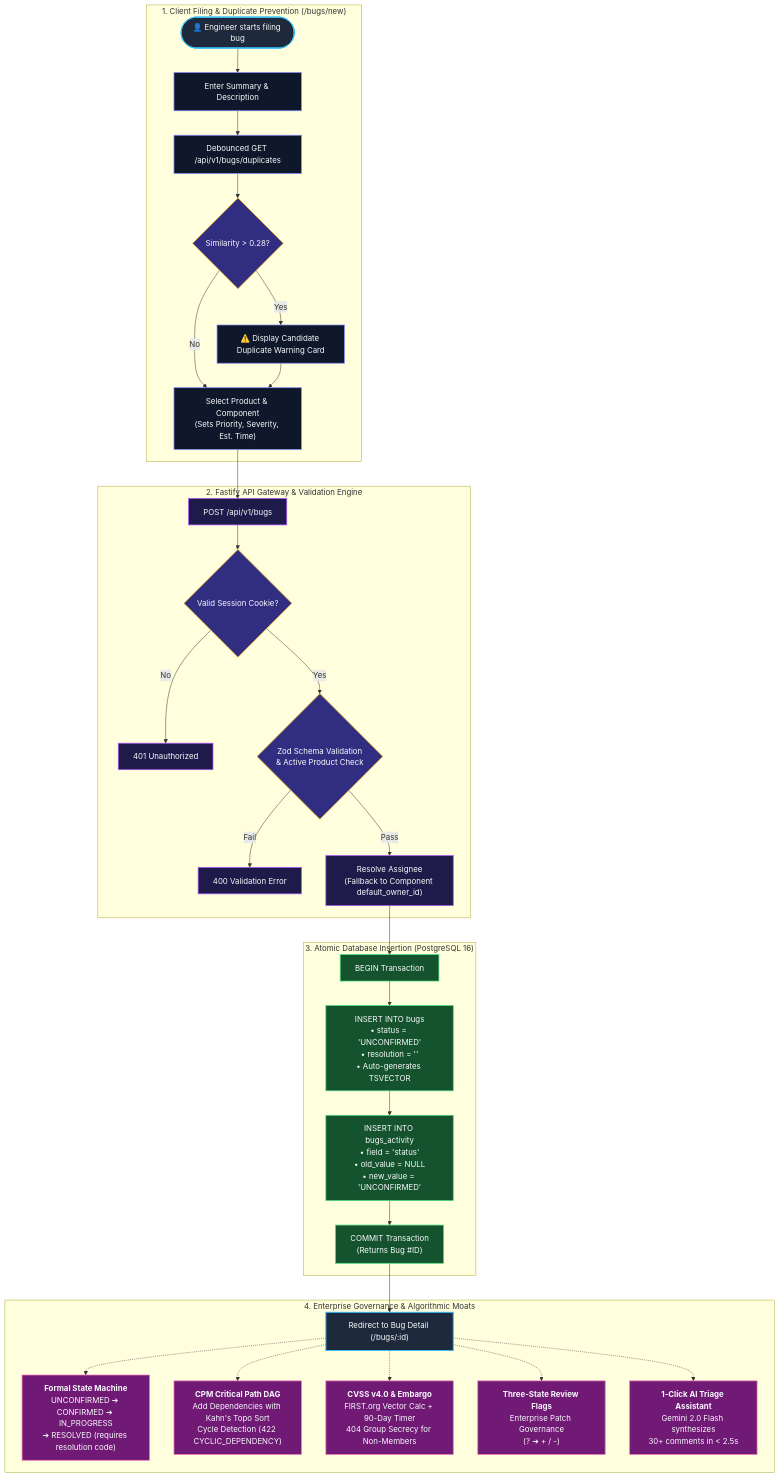
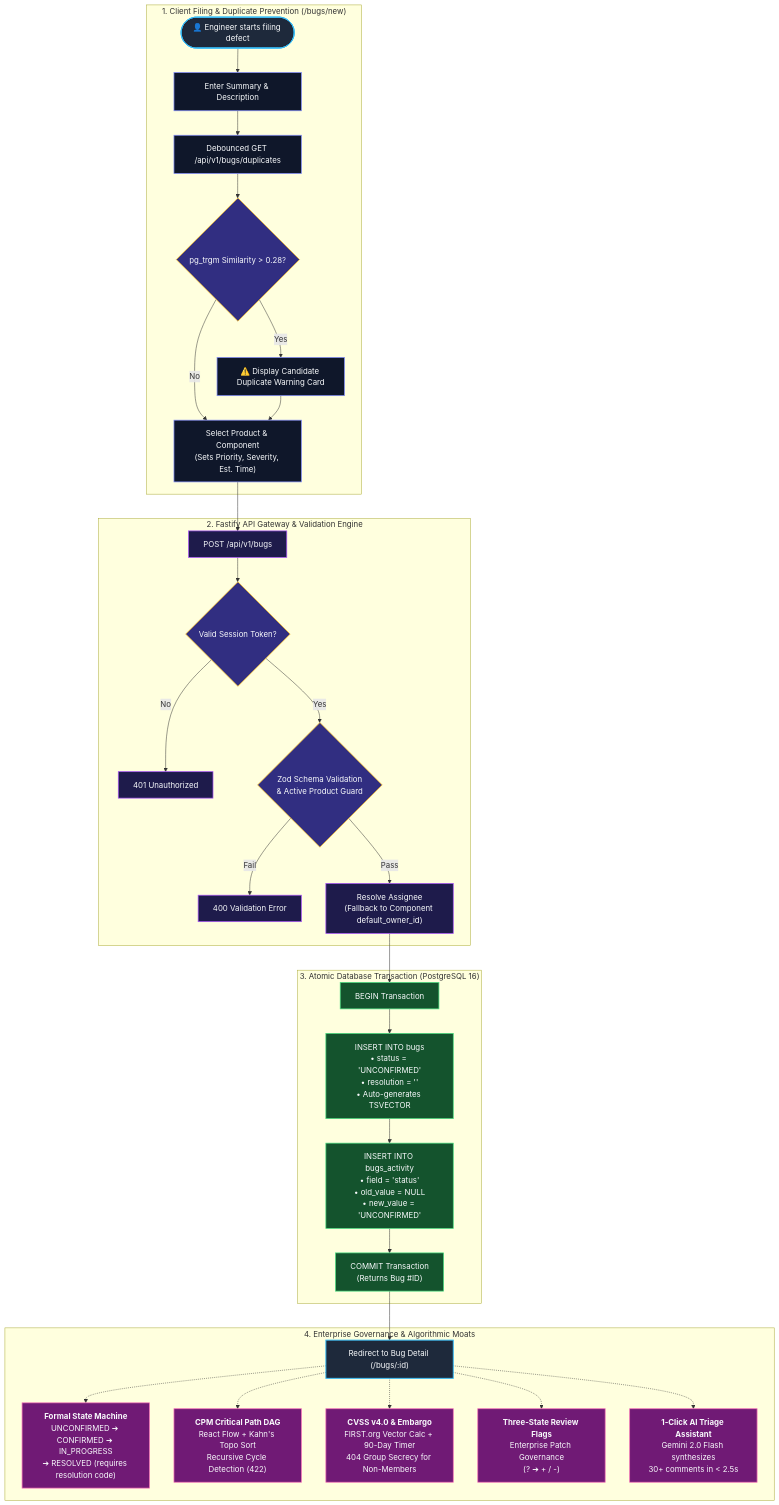
Before and after one commit to OjasKugore/Mantis: the diagram in docs/defect-lifecycle.md, drawn with Mermaid. The commit also changed other lines of this file and 3 other files, not shown here.

Commit message:
docs: final documentation audit — move cli.md → docs/, delete README_1.md, rewrite README and defect-lifecycle

````diff
--- a/docs/defect-lifecycle.md
+++ b/docs/defect-lifecycle.md
@@ -5,77 +11,70 @@
 ```mermaid
 flowchart TD
-    %% Styling and layout
     classDef startEnd fill:#1E293B,stroke:#38BDF8,stroke-width:2px,color:#F8FAFC;
     classDef client fill:#0F172A,stroke:#818CF8,stroke-width:1.5px,color:#F8FAFC;
     classDef server fill:#1E1B4B,stroke:#A855F7,stroke-width:1.5px,color:#F8FAFC;
     classDef database fill:#14532D,stroke:#4ADE80,stroke-width:1.5px,color:#F8FAFC;
     classDef moat fill:#701A75,stroke:#F472B6,stroke-width:1.5px,color:#F8FAFC;
     classDef decision fill:#312E81,stroke:#FBBF24,stroke-width:1.5px,color:#F8FAFC;
 
-    %% 1. User Input & Live Assist
     subgraph S1 ["1. Client Filing & Duplicate Prevention (/bugs/new)"]
-        START(["👤 Engineer starts filing bug"]):::startEnd
+        START(["👤 Engineer starts filing defect"]):::startEnd
         INPUT["Enter Summary & Description"]:::client
         TRGM_QUERY["Debounced GET /api/v1/bugs/duplicates"]:::client
-        CHECK_DUP{"Similarity > 0.28?"}:::decision
+        CHECK_DUP{"pg_trgm Similarity > 0.28?"}:::decision
         WARN_CARD["⚠️ Display Candidate Duplicate Warning Card"]:::client
         USER_CONTINUE["Select Product & Component<br/>(Sets Priority, Severity, Est. Time)"]:::client
     end
 
-    %% 2. Backend Validation & Ingestion
     subgraph S2 ["2. Fastify API Gateway & Validation Engine"]
         SUBMIT["POST /api/v1/bugs"]:::server
-        AUTH_CHECK{"Valid Session Cookie?"}:::decision
+        AUTH_CHECK{"Valid Session Token?"}:::decision
         AUTH_ERR["401 Unauthorized"]:::server
-        ZOD_CHECK{"Zod Schema Validation<br/>& Active Product Check"}:::decision
+        ZOD_CHECK{"Zod Schema Validation<br/>& Active Product Guard"}:::decision
         VAL_ERR["400 Validation Error"]:::server
         OWNER_RESOLVE["Resolve Assignee<br/>(Fallback to Component default_owner_id)"]:::server
     end
 
-    %% 3. PostgreSQL Transaction & Audit
-    subgraph S3 ["3. Atomic Database Insertion (PostgreSQL 16)"]
+    subgraph S3 ["3. Atomic Database Transaction (PostgreSQL 16)"]
         DB_TX["BEGIN Transaction"]:::database
         INSERT_BUG["INSERT INTO bugs<br/>• status = 'UNCONFIRMED'<br/>• resolution = ''<br/>• Auto-generates TSVECTOR"]:::database
         INSERT_AUDIT["INSERT INTO bugs_activity<br/>• field = 'status'<br/>• old_value = NULL<br/>• new_value = 'UNCONFIRMED'"]:::database
         DB_COMMIT["COMMIT Transaction<br/>(Returns Bug #ID)"]:::database
     end
 
-    %% 4. Downstream Moats & Lifecycle
     subgraph S4 ["4. Enterprise Governance & Algorithmic Moats"]
         DETAIL_PAGE["Redirect to Bug Detail (/bugs/:id)"]:::startEnd
-        
         M_FSM["<b>Formal State Machine</b><br/>UNCONFIRMED ➔ CONFIRMED ➔ IN_PROGRESS<br/>➔ RESOLVED (requires resolution code)"]:::moat
-        M_CPM["<b>CPM Critical Path DAG</b><br/>Add Dependencies with Kahn's Topo Sort<br/>Cycle Detection (422 CYCLIC_DEPENDENCY)"]:::moat
+        M_CPM["<b>CPM Critical Path DAG</b><br/>React Flow + Kahn's Topo Sort<br/>Recursive Cycle Detection (422)"]:::moat
         M_CVSS["<b>CVSS v4.0 & Embargo</b><br/>FIRST.org Vector Calc + 90-Day Timer<br/>404 Group Secrecy for Non-Members"]:::moat
         M_FLAGS["<b>Three-State Review Flags</b><br/>Enterprise Patch Governance<br/>(? ➔ + / -)"]:::moat
         M_AI["<b>1-Click AI Triage Assistant</b><br/>Gemini 2.0 Flash synthesizes<br/>30+ comments in < 2.5s"]:::moat
     end
 
-    %% Connections
     START --> INPUT
     INPUT --> TRGM_QUERY
     TRGM_QUERY --> CHECK_DUP
     CHECK_DUP -- Yes --> WARN_CARD
     CHECK_DUP -- No --> USER_CONTINUE
     WARN_CARD --> USER_CONTINUE
     USER_CONTINUE --> SUBMIT
 
     SUBMIT --> AUTH_CHECK
     AUTH_CHECK -- No --> AUTH_ERR
     AUTH_CHECK -- Yes --> ZOD_CHECK
     ZOD_CHECK -- Fail --> VAL_ERR
     ZOD_CHECK -- Pass --> OWNER_RESOLVE
 
     OWNER_RESOLVE --> DB_TX
     DB_TX --> INSERT_BUG
     INSERT_BUG --> INSERT_AUDIT
     INSERT_AUDIT --> DB_COMMIT
 
     DB_COMMIT --> DETAIL_PAGE
 
     DETAIL_PAGE -.-> M_FSM
     DETAIL_PAGE -.-> M_CPM
     DETAIL_PAGE -.-> M_CVSS
     DETAIL_PAGE -.-> M_FLAGS
     DETAIL_PAGE -.-> M_AI
 ```
````
